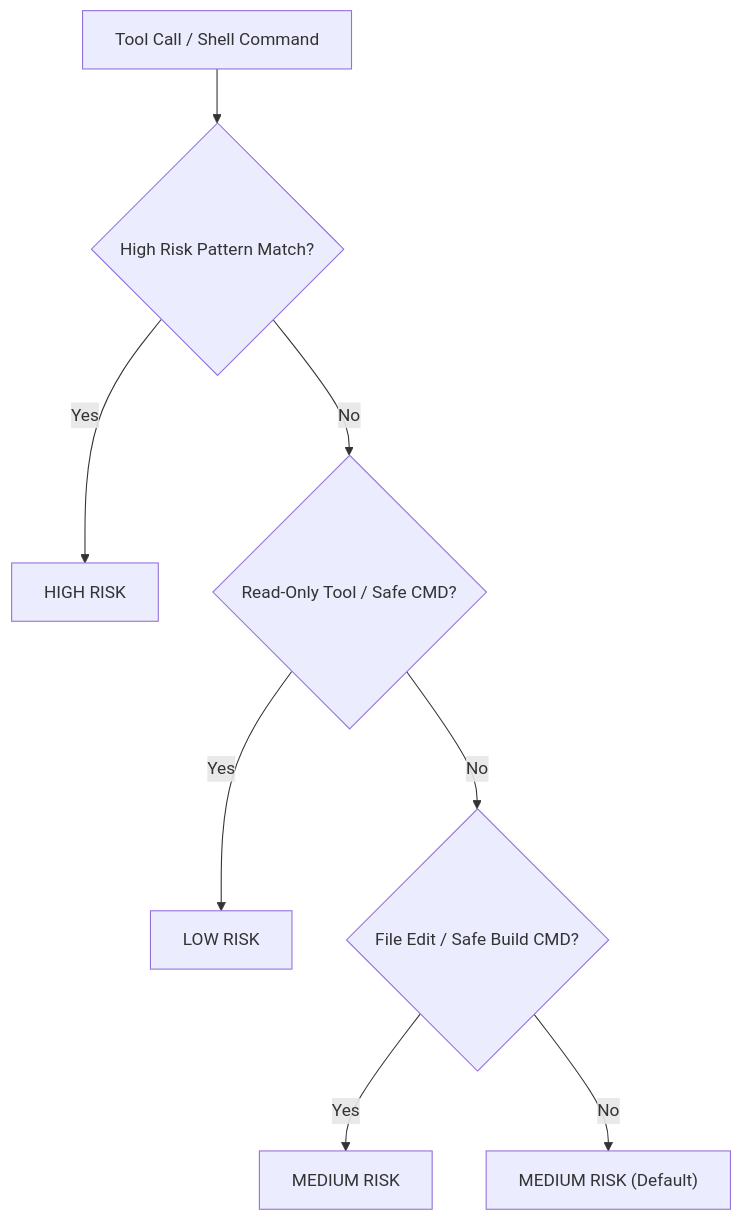
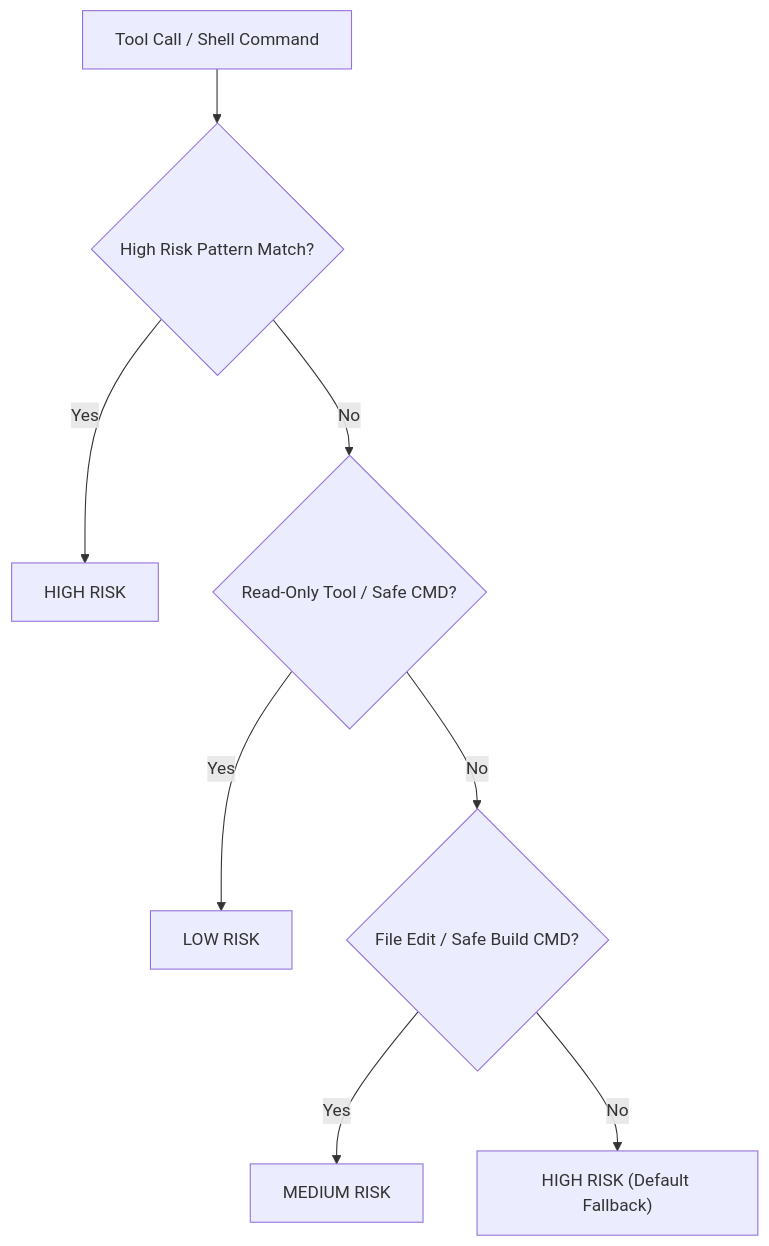
Before and after one commit to JhaSourav07/Collagility: the first of 2 diagrams in docs/RFC-0009-SECURITY-AND-PERMISSION-ENGINE.md, drawn with Mermaid. The commit also changed 18 other files, not shown here.

````diff
--- a/docs/RFC-0009-SECURITY-AND-PERMISSION-ENGINE.md
+++ b/docs/RFC-0009-SECURITY-AND-PERMISSION-ENGINE.md
@@ -26,10 +26,10 @@
 ```mermaid
 graph TD
     Input["Tool Call / Shell Command"] --> HighCheck{"High Risk Pattern Match?"}
     HighCheck -- Yes --> High["HIGH RISK"]
     HighCheck -- No --> LowCheck{"Read-Only Tool / Safe CMD?"}
     LowCheck -- Yes --> Low["LOW RISK"]
     LowCheck -- No --> MedCheck{"File Edit / Safe Build CMD?"}
     MedCheck -- Yes --> Med["MEDIUM RISK"]
-    MedCheck -- No --> MedFallback["MEDIUM RISK (Default)"]
+    MedCheck -- No --> HighFallback["HIGH RISK (Default Fallback)"]
 ```
````
